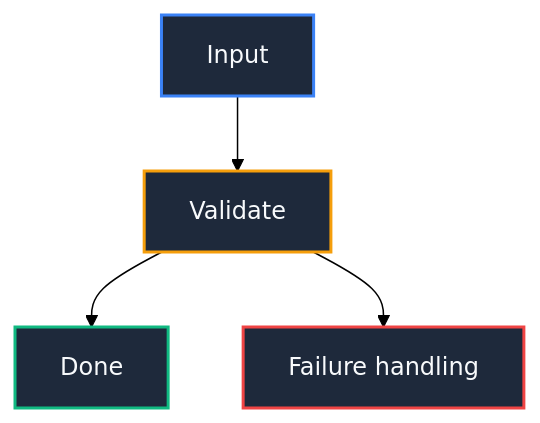
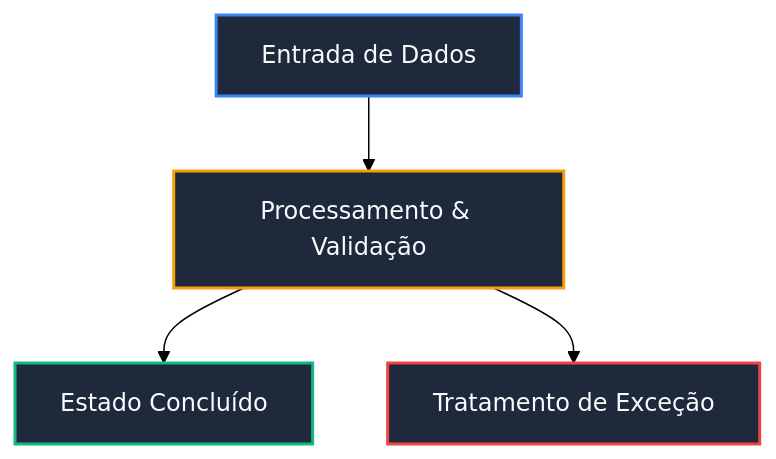
One commit to Kitsune-27295/sb-vault-template changed the diagram in .agents/skills/mermaid/SKILL.md. Above: the diagram before and after it, drawn with Mermaid (forest theme). The commit also changed other lines of this file and 21 other files, not shown here.

````diff
--- a/.agents/skills/mermaid/SKILL.md
+++ b/.agents/skills/mermaid/SKILL.md
@@ -126,11 +44,11 @@
 ```mermaid
 flowchart TD
     classDef primary fill:#1e293b,stroke:#3b82f6,stroke-width:2px,color:#f8fafc;
     classDef success fill:#1e293b,stroke:#10b981,stroke-width:2px,color:#f8fafc;
     classDef warning fill:#1e293b,stroke:#f59e0b,stroke-width:2px,color:#f8fafc;
     classDef danger fill:#1e293b,stroke:#ef4444,stroke-width:2px,color:#f8fafc;
 
-    input["Input"]:::primary --> check["Validate"]:::warning
-    check --> ok["Done"]:::success
-    check --> err["Failure handling"]:::danger
+    Input["Entrada de Dados"]:::primary --> Process["Processamento & Validação"]:::warning
+    Process --> Success["Estado Concluído"]:::success
+    Process --> Error["Tratamento de Exceção"]:::danger
 ```
````
